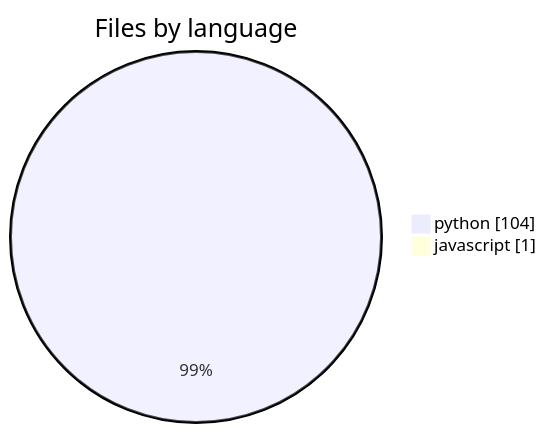
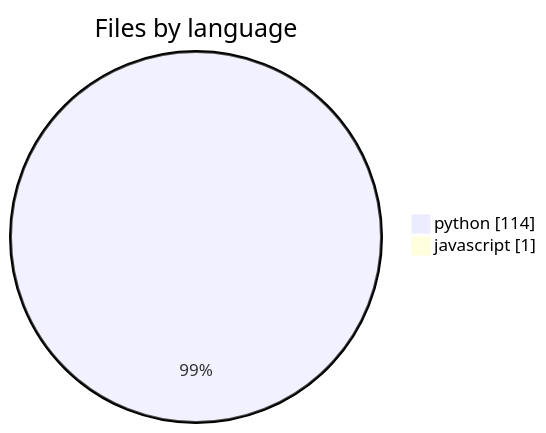
Before and after one commit to wolframs/jspace-probes: the fourth of 6 diagrams in .mentis/context/architecture.md, drawn with Mermaid. The commit also changed other lines of this file and 841 other files, not shown here.

````diff
--- a/.mentis/context/architecture.md
+++ b/.mentis/context/architecture.md
@@ -38,5 +38,5 @@
 ```mermaid
 pie showData title Files by language
-    "python" : 104
+    "python" : 114
     "javascript" : 1
 ```
````
